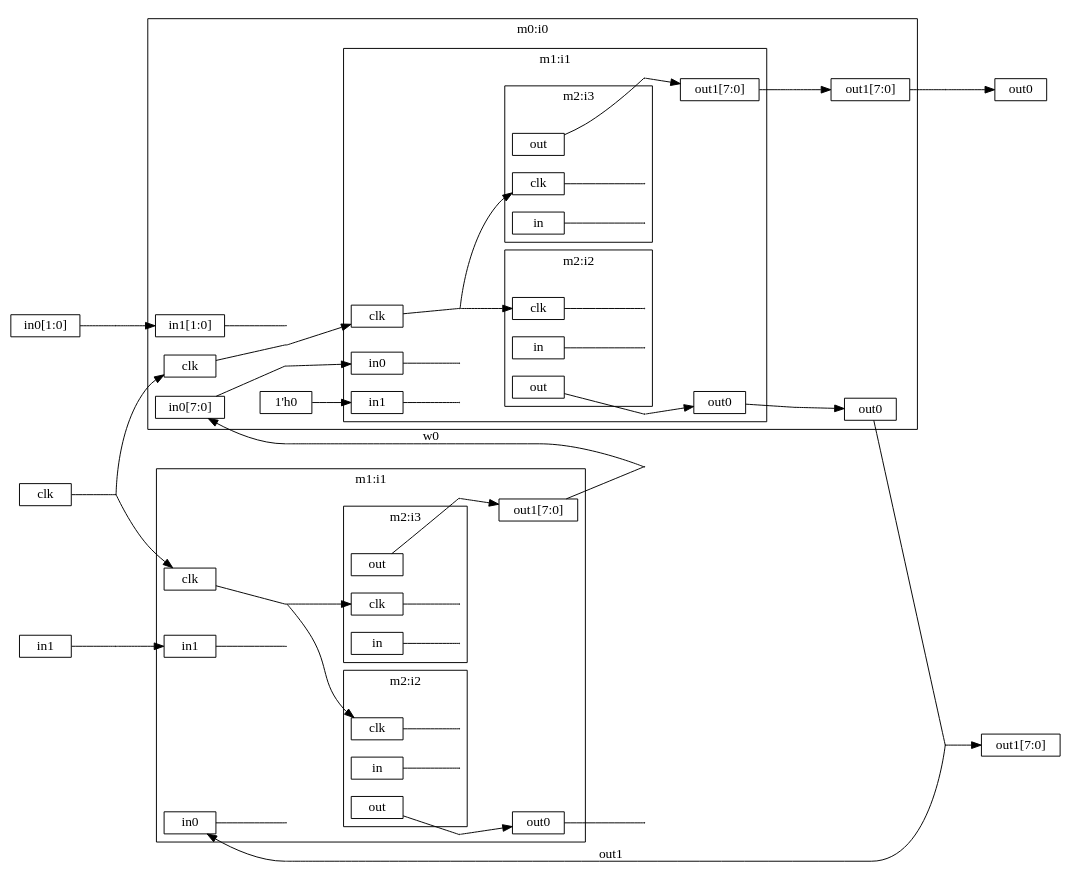
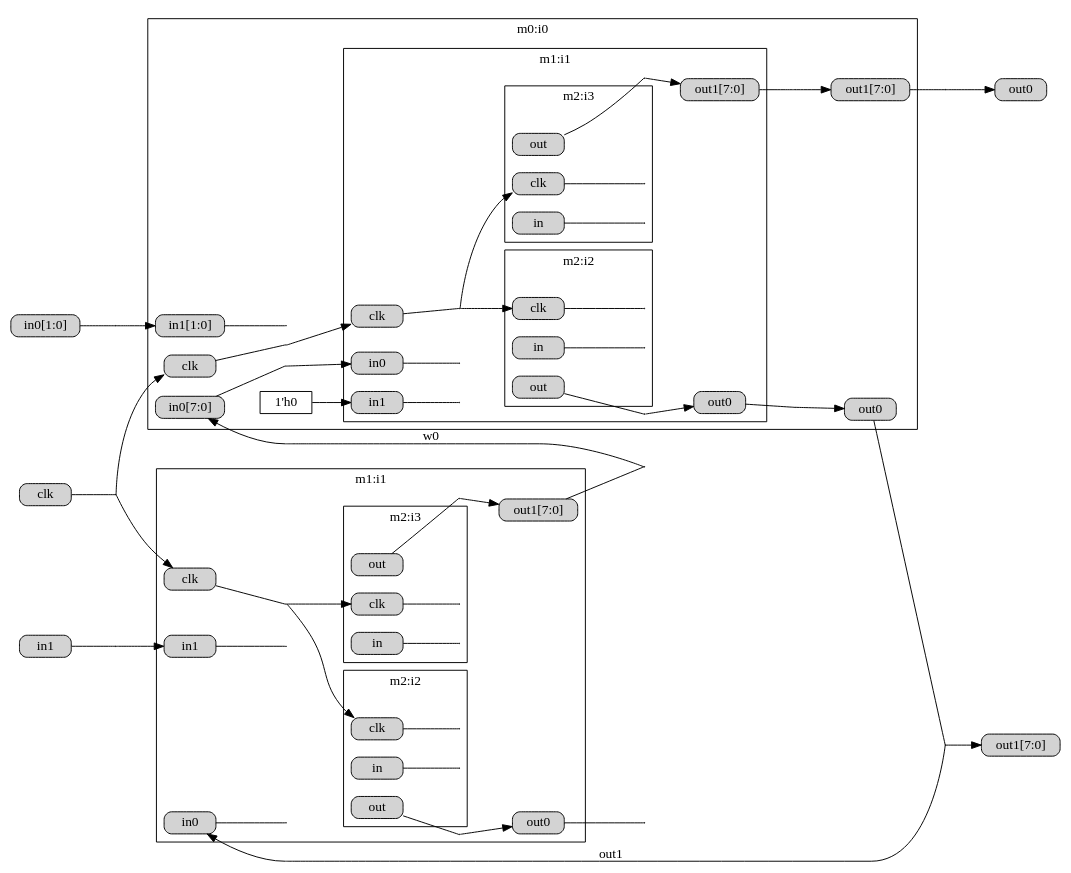
One commit to takata150802/netlistracer changed the diagram in out.dot. Above: the diagram before and after it, drawn with Graphviz. The commit also changed 1 other file, not shown here.

Commit message:
[mod] add node's attr rounded,filled @ module.input/output

```diff
--- a/out.dot
+++ b/out.dot
@@ -1,153 +1,153 @@
 
 digraph {
     rankdir="LR";
     overlap = false;
     splines = true;
     node [shape = box, height=0.1];
     edge [labelfloat=false];
 
 subgraph cluster0 {
   graph [label = "m0:i0"];
 tmp0[width=0.0, height=0.0, shape=point];
 subgraph cluster1 {
   graph [label = "m1:i1"];
 tmp1[width=0.0, height=0.0, shape=point];
 subgraph cluster2 {
   graph [label = "m2:i2"];
 tmp2[width=0.0, height=0.0, shape=point];
-_i0_i1_i2_clk[label = "clk"];
-_i0_i1_i2_in[label = "in"];
-_i0_i1_i2_out[label = "out"];
+_i0_i1_i2_clk[label = "clk", style = "rounded,filled"];
+_i0_i1_i2_in[label = "in", style = "rounded,filled"];
+_i0_i1_i2_out[label = "out", style = "rounded,filled"];
 _i0_i1_i2_clk_input_br[width=0.01, height=0.01, shape=point];
 _i0_i1_i2_clk -> _i0_i1_i2_clk_input_br[dir = none];
 _i0_i1_i2_in_input_br[width=0.01, height=0.01, shape=point];
 _i0_i1_i2_in -> _i0_i1_i2_in_input_br[dir = none];
 }
 subgraph cluster3 {
   graph [label = "m2:i3"];
 tmp3[width=0.0, height=0.0, shape=point];
-_i0_i1_i3_clk[label = "clk"];
-_i0_i1_i3_in[label = "in"];
-_i0_i1_i3_out[label = "out"];
+_i0_i1_i3_clk[label = "clk", style = "rounded,filled"];
+_i0_i1_i3_in[label = "in", style = "rounded,filled"];
+_i0_i1_i3_out[label = "out", style = "rounded,filled"];
 _i0_i1_i3_clk_input_br[width=0.01, height=0.01, shape=point];
 _i0_i1_i3_clk -> _i0_i1_i3_clk_input_br[dir = none];
 _i0_i1_i3_in_input_br[width=0.01, height=0.01, shape=point];
 _i0_i1_i3_in -> _i0_i1_i3_in_input_br[dir = none];
 }
-_i0_i1_clk[label = "clk"];
-_i0_i1_in0[label = "in0"];
-_i0_i1_in1[label = "in1"];
-_i0_i1_out0[label = "out0"];
-_i0_i1_out1[label = "out1[7:0]"];
+_i0_i1_clk[label = "clk", style = "rounded,filled"];
+_i0_i1_in0[label = "in0", style = "rounded,filled"];
+_i0_i1_in1[label = "in1", style = "rounded,filled"];
+_i0_i1_out0[label = "out0", style = "rounded,filled"];
+_i0_i1_out1[label = "out1[7:0]", style = "rounded,filled"];
 _i0_i1_clk_input_br[width=0.01, height=0.01, shape=point];
 _i0_i1_clk -> _i0_i1_clk_input_br[dir = none];
 _i0_i1_in0_input_br[width=0.01, height=0.01, shape=point];
 _i0_i1_in0 -> _i0_i1_in0_input_br[dir = none];
 _i0_i1_in1_input_br[width=0.01, height=0.01, shape=point];
 _i0_i1_in1 -> _i0_i1_in1_input_br[dir = none];
 _i0_i1_i2_out_output_br[width=0.01, height=0.01, shape=point];
 _i0_i1_i2_out -> _i0_i1_i2_out_output_br[dir = none];
 _i0_i1_i2_out_output_br -> _i0_i1_out0[label = ""];
 _i0_i1_i3_out_output_br[width=0.01, height=0.01, shape=point];
 _i0_i1_i3_out -> _i0_i1_i3_out_output_br[dir = none];
 _i0_i1_i3_out_output_br -> _i0_i1_out1[label = ""];
 _i0_i1_clk_input_br -> _i0_i1_i2_clk[label = " "];
 _i0_i1_clk_input_br -> _i0_i1_i3_clk[label = " "];
 }
-_i0_clk[label = "clk"];
-_i0_in0[label = "in0[7:0]"];
-_i0_in1[label = "in1[1:0]"];
-_i0_out0[label = "out0"];
-_i0_out1[label = "out1[7:0]"];
+_i0_clk[label = "clk", style = "rounded,filled"];
+_i0_in0[label = "in0[7:0]", style = "rounded,filled"];
+_i0_in1[label = "in1[1:0]", style = "rounded,filled"];
+_i0_out0[label = "out0", style = "rounded,filled"];
+_i0_out1[label = "out1[7:0]", style = "rounded,filled"];
 _i0_clk_input_br[width=0.01, height=0.01, shape=point];
 _i0_clk -> _i0_clk_input_br[dir = none];
 _i0_in0_input_br[width=0.01, height=0.01, shape=point];
 _i0_in0 -> _i0_in0_input_br[dir = none];
 _i0_in1_input_br[width=0.01, height=0.01, shape=point];
 _i0_in1 -> _i0_in1_input_br[dir = none];
 _i0_i1_out0_output_br[width=0.01, height=0.01, shape=point];
 _i0_i1_out0 -> _i0_i1_out0_output_br[dir = none];
 _i0_i1_out0_output_br -> _i0_out0[label = ""];
 _i0_i1_out1_output_br[width=0.01, height=0.01, shape=point];
 _i0_i1_out1 -> _i0_i1_out1_output_br[dir = none];
 _i0_i1_out1_output_br -> _i0_out1[label = ""];
 _i0_clk_input_br -> _i0_i1_clk[label = " "];
 _i0_in0_input_br -> _i0_i1_in0[label = " "];
 _i0_const_i1in1[label = "1'h0"];
 _i0_const_i1in1 -> _i0_i1_in1[label = " "];
 }
 subgraph cluster4 {
   graph [label = "m1:i1"];
 tmp4[width=0.0, height=0.0, shape=point];
 subgraph cluster5 {
   graph [label = "m2:i2"];
 tmp5[width=0.0, height=0.0, shape=point];
-_i1_i2_clk[label = "clk"];
-_i1_i2_in[label = "in"];
-_i1_i2_out[label = "out"];
+_i1_i2_clk[label = "clk", style = "rounded,filled"];
+_i1_i2_in[label = "in", style = "rounded,filled"];
+_i1_i2_out[label = "out", style = "rounded,filled"];
 _i1_i2_clk_input_br[width=0.01, height=0.01, shape=point];
 _i1_i2_clk -> _i1_i2_clk_input_br[dir = none];
 _i1_i2_in_input_br[width=0.01, height=0.01, shape=point];
 _i1_i2_in -> _i1_i2_in_input_br[dir = none];
 }
 subgraph cluster6 {
   graph [label = "m2:i3"];
 tmp6[width=0.0, height=0.0, shape=point];
-_i1_i3_clk[label = "clk"];
-_i1_i3_in[label = "in"];
-_i1_i3_out[label = "out"];
+_i1_i3_clk[label = "clk", style = "rounded,filled"];
+_i1_i3_in[label = "in", style = "rounded,filled"];
+_i1_i3_out[label = "out", style = "rounded,filled"];
 _i1_i3_clk_input_br[width=0.01, height=0.01, shape=point];
 _i1_i3_clk -> _i1_i3_clk_input_br[dir = none];
 _i1_i3_in_input_br[width=0.01, height=0.01, shape=point];
 _i1_i3_in -> _i1_i3_in_input_br[dir = none];
 }
-_i1_clk[label = "clk"];
-_i1_in0[label = "in0"];
-_i1_in1[label = "in1"];
-_i1_out0[label = "out0"];
-_i1_out1[label = "out1[7:0]"];
+_i1_clk[label = "clk", style = "rounded,filled"];
+_i1_in0[label = "in0", style = "rounded,filled"];
+_i1_in1[label = "in1", style = "rounded,filled"];
+_i1_out0[label = "out0", style = "rounded,filled"];
+_i1_out1[label = "out1[7:0]", style = "rounded,filled"];
 _i1_clk_input_br[width=0.01, height=0.01, shape=point];
 _i1_clk -> _i1_clk_input_br[dir = none];
 _i1_in0_input_br[width=0.01, height=0.01, shape=point];
 _i1_in0 -> _i1_in0_input_br[dir = none];
 _i1_in1_input_br[width=0.01, height=0.01, shape=point];
 _i1_in1 -> _i1_in1_input_br[dir = none];
 _i1_i2_out_output_br[width=0.01, height=0.01, shape=point];
 _i1_i2_out -> _i1_i2_out_output_br[dir = none];
 _i1_i2_out_output_br -> _i1_out0[label = ""];
 _i1_i3_out_output_br[width=0.01, height=0.01, shape=point];
 _i1_i3_out -> _i1_i3_out_output_br[dir = none];
 _i1_i3_out_output_br -> _i1_out1[label = ""];
 _i1_clk_input_br -> _i1_i2_clk[label = " "];
 _i1_clk_input_br -> _i1_i3_clk[label = " "];
 }
-_clk[label = "clk"];
-_in0[label = "in0[1:0]"];
-_in1[label = "in1"];
-_out0[label = "out0"];
-_out1[label = "out1[7:0]"];
+_clk[label = "clk", style = "rounded,filled"];
+_in0[label = "in0[1:0]", style = "rounded,filled"];
+_in1[label = "in1", style = "rounded,filled"];
+_out0[label = "out0", style = "rounded,filled"];
+_out1[label = "out1[7:0]", style = "rounded,filled"];
 _clk_input_br[width=0.01, height=0.01, shape=point];
 _clk -> _clk_input_br[dir = none];
 _in0_input_br[width=0.01, height=0.01, shape=point];
 _in0 -> _in0_input_br[dir = none];
 _in1_input_br[width=0.01, height=0.01, shape=point];
 _in1 -> _in1_input_br[dir = none];
 _i0_out0_output_br[width=0.01, height=0.01, shape=point];
 _i0_out0 -> _i0_out0_output_br[dir = none];
 _i0_out0_output_br -> _out1[label = ""];
 _i0_out1_output_br[width=0.01, height=0.01, shape=point];
 _i0_out1 -> _i0_out1_output_br[dir = none];
 _i0_out1_output_br -> _out0[label = ""];
 _i1_out0_output_br[width=0.01, height=0.01, shape=point];
 _i1_out0 -> _i1_out0_output_br[dir = none];
 _i1_out1_output_br[width=0.01, height=0.01, shape=point];
 _i1_out1 -> _i1_out1_output_br[dir = none];
 _clk_input_br -> _i0_clk[label = " "];
 _i1_out1_output_br -> _i0_in0[label = "w0"];
 _in0_input_br -> _i0_in1[label = " "];
 _clk_input_br -> _i1_clk[label = " "];
 _i0_out0_output_br -> _i1_in0[label = "out1"];
 _in1_input_br -> _i1_in1[label = " "];
 {rank = max; _out0;}
 {rank = max; _out1;}
 }
```
